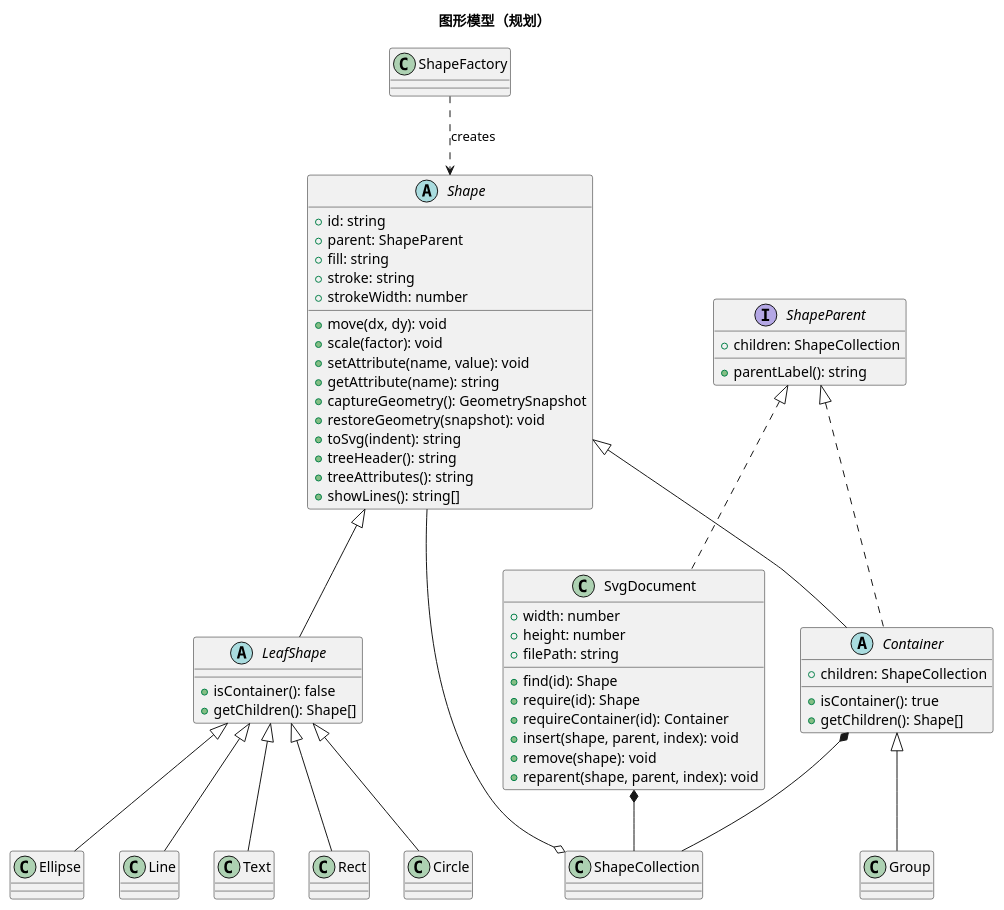
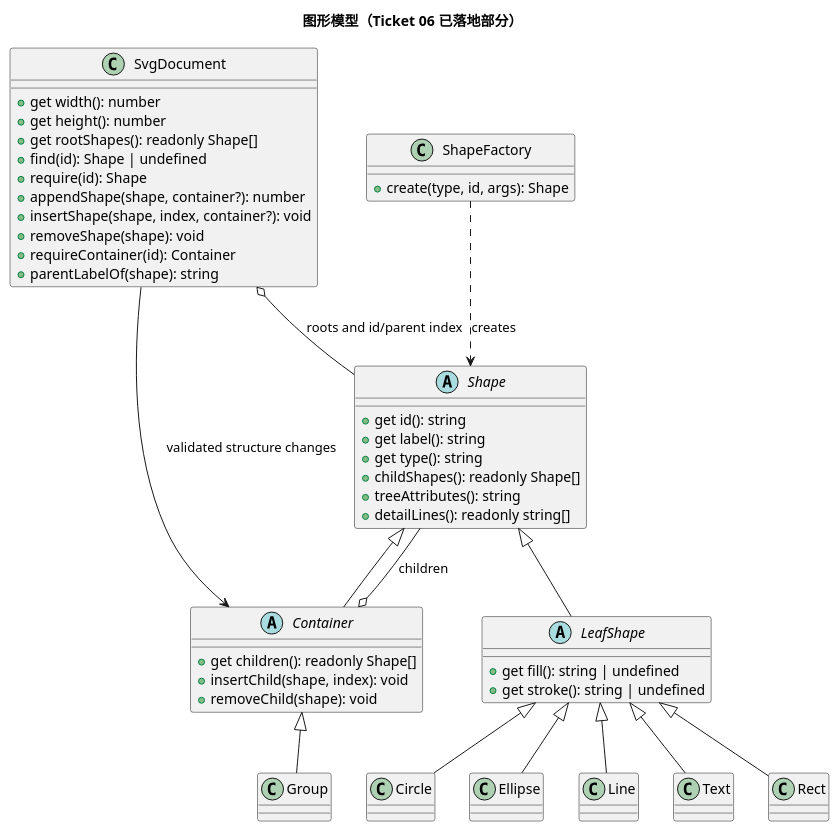
One commit to NQC233/svg-editor-lab1 changed the diagram in doc/class-model.puml. Above: the diagram before and after it, drawn with PlantUML. The commit also changed other lines of this file and 5 other files, not shown here.

Commit message:
docs: record ticket 06 container behavior

```diff
--- a/doc/class-model.puml
+++ b/doc/class-model.puml
@@ -1,73 +1,60 @@
 @startuml
-title 图形模型（规划）
+title 图形模型（Ticket 06 已落地部分）
 
 abstract class Shape {
-  +id: string
-  +parent: ShapeParent
-  +fill: string
-  +stroke: string
-  +strokeWidth: number
-  +move(dx, dy): void
-  +scale(factor): void
-  +setAttribute(name, value): void
-  +getAttribute(name): string
-  +captureGeometry(): GeometrySnapshot
-  +restoreGeometry(snapshot): void
-  +toSvg(indent): string
-  +treeHeader(): string
+  +get id(): string
+  +get label(): string
+  +get type(): string
+  +childShapes(): readonly Shape[]
   +treeAttributes(): string
-  +showLines(): string[]
+  +detailLines(): readonly string[]
 }
 
 abstract class LeafShape {
-  +isContainer(): false
-  +getChildren(): Shape[]
+  +get fill(): string | undefined
+  +get stroke(): string | undefined
 }
 
 abstract class Container {
-  +children: ShapeCollection
-  +isContainer(): true
-  +getChildren(): Shape[]
+  +get children(): readonly Shape[]
+  +insertChild(shape, index): void
+  +removeChild(shape): void
 }
 
 class Group
 class Rect
 class Circle
 class Ellipse
 class Line
 class Text
 
-interface ShapeParent {
-  +children: ShapeCollection
-  +parentLabel(): string
+class SvgDocument {
+  +get width(): number
+  +get height(): number
+  +get rootShapes(): readonly Shape[]
+  +find(id): Shape | undefined
+  +require(id): Shape
+  +appendShape(shape, container?): number
+  +insertShape(shape, index, container?): void
+  +removeShape(shape): void
+  +requireContainer(id): Container
+  +parentLabelOf(shape): string
 }
 
-class ShapeCollection
-class SvgDocument {
-  +width: number
-  +height: number
-  +filePath: string
-  +find(id): Shape
-  +require(id): Shape
-  +requireContainer(id): Container
-  +insert(shape, parent, index): void
-  +remove(shape): void
-  +reparent(shape, parent, index): void
+class ShapeFactory {
+  +create(type, id, args): Shape
 }
-class ShapeFactory
 
 Shape <|-- LeafShape
 Shape <|-- Container
 Container <|-- Group
 LeafShape <|-- Rect
 LeafShape <|-- Circle
 LeafShape <|-- Ellipse
 LeafShape <|-- Line
 LeafShape <|-- Text
-ShapeParent <|.. SvgDocument
-ShapeParent <|.. Container
-SvgDocument *-- ShapeCollection
-Container *-- ShapeCollection
-ShapeCollection o-- Shape
+SvgDocument o-- Shape : roots and id/parent index
+SvgDocument --> Container : validated structure changes
+Container o-- Shape : children
 ShapeFactory ..> Shape : creates
 @enduml
```
